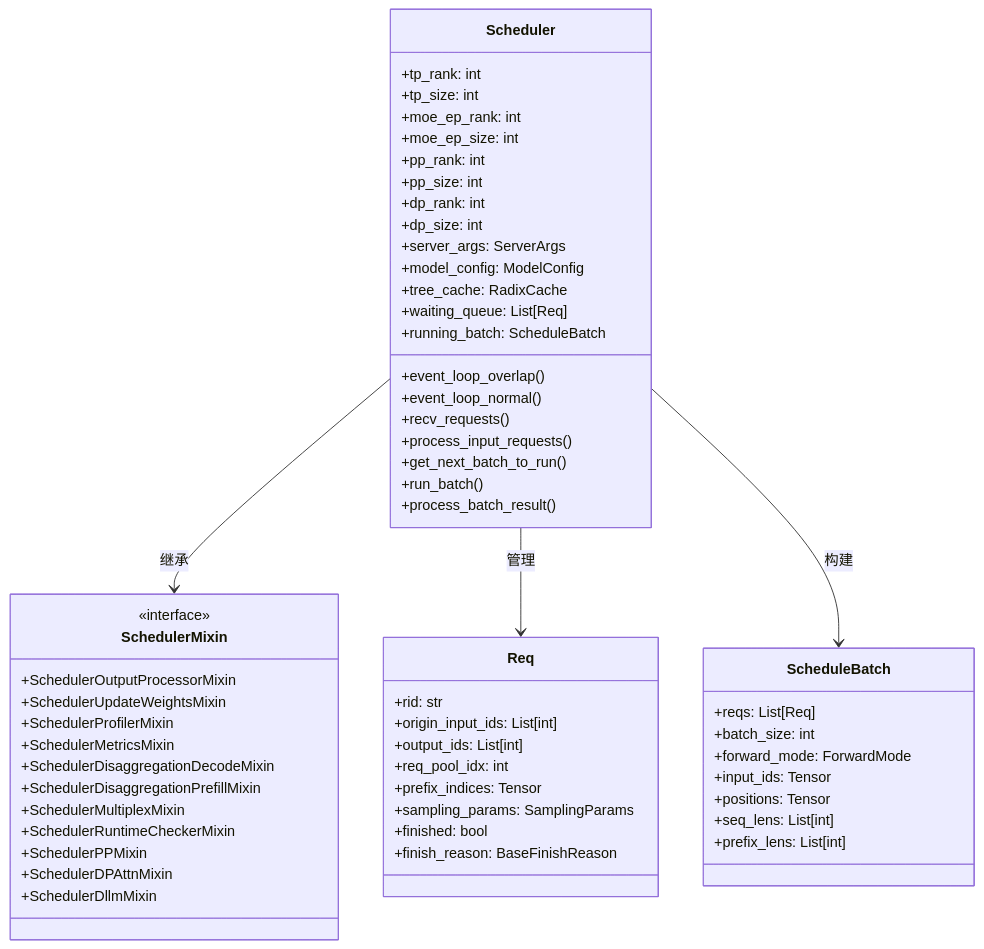
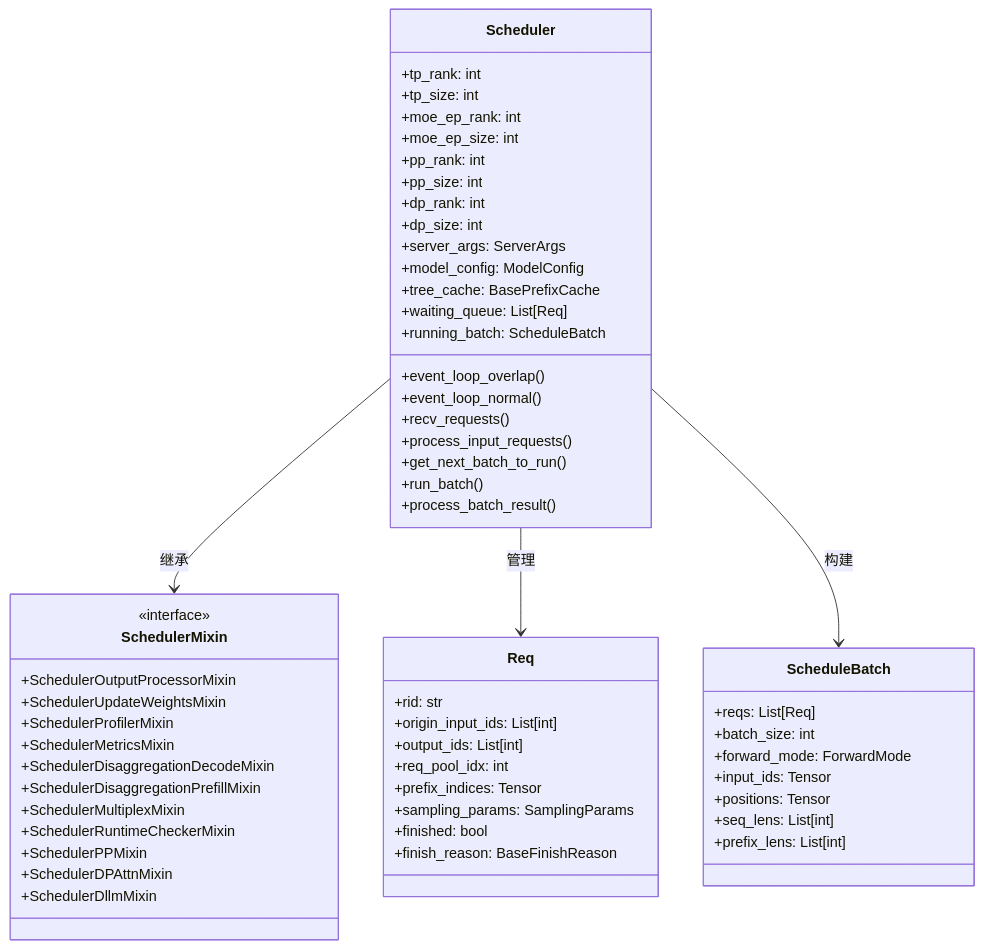
The first of 8 diagrams in learning_summaries/scheduler_deep_dive.md (Yael-X/sglang), drawn with Mermaid before and after one commit. The commit also changed other lines of this file and 8 other files, not shown here.

````diff
--- a/learning_summaries/scheduler_deep_dive.md
+++ b/learning_summaries/scheduler_deep_dive.md
@@ -11,65 +11,65 @@
 ```mermaid
 classDiagram
     class Scheduler {
         +tp_rank: int
         +tp_size: int
         +moe_ep_rank: int
         +moe_ep_size: int
         +pp_rank: int
         +pp_size: int
         +dp_rank: int
         +dp_size: int
         +server_args: ServerArgs
         +model_config: ModelConfig
-        +tree_cache: RadixCache
+        +tree_cache: BasePrefixCache
         +waiting_queue: List[Req]
         +running_batch: ScheduleBatch
         +event_loop_overlap()
         +event_loop_normal()
         +recv_requests()
         +process_input_requests()
         +get_next_batch_to_run()
         +run_batch()
         +process_batch_result()
     }
     
     class SchedulerMixin {
         <<interface>>
         +SchedulerOutputProcessorMixin
         +SchedulerUpdateWeightsMixin
         +SchedulerProfilerMixin
         +SchedulerMetricsMixin
         +SchedulerDisaggregationDecodeMixin
         +SchedulerDisaggregationPrefillMixin
         +SchedulerMultiplexMixin
         +SchedulerRuntimeCheckerMixin
         +SchedulerPPMixin
         +SchedulerDPAttnMixin
         +SchedulerDllmMixin
     }
     
     class Req {
         +rid: str
         +origin_input_ids: List[int]
         +output_ids: List[int]
         +req_pool_idx: int
         +prefix_indices: Tensor
         +sampling_params: SamplingParams
         +finished: bool
         +finish_reason: BaseFinishReason
     }
     
     class ScheduleBatch {
         +reqs: List[Req]
         +batch_size: int
         +forward_mode: ForwardMode
         +input_ids: Tensor
         +positions: Tensor
         +seq_lens: List[int]
         +prefix_lens: List[int]
     }
     
     Scheduler --> SchedulerMixin : 继承
     Scheduler --> Req : 管理
     Scheduler --> ScheduleBatch : 构建
 ```
````
